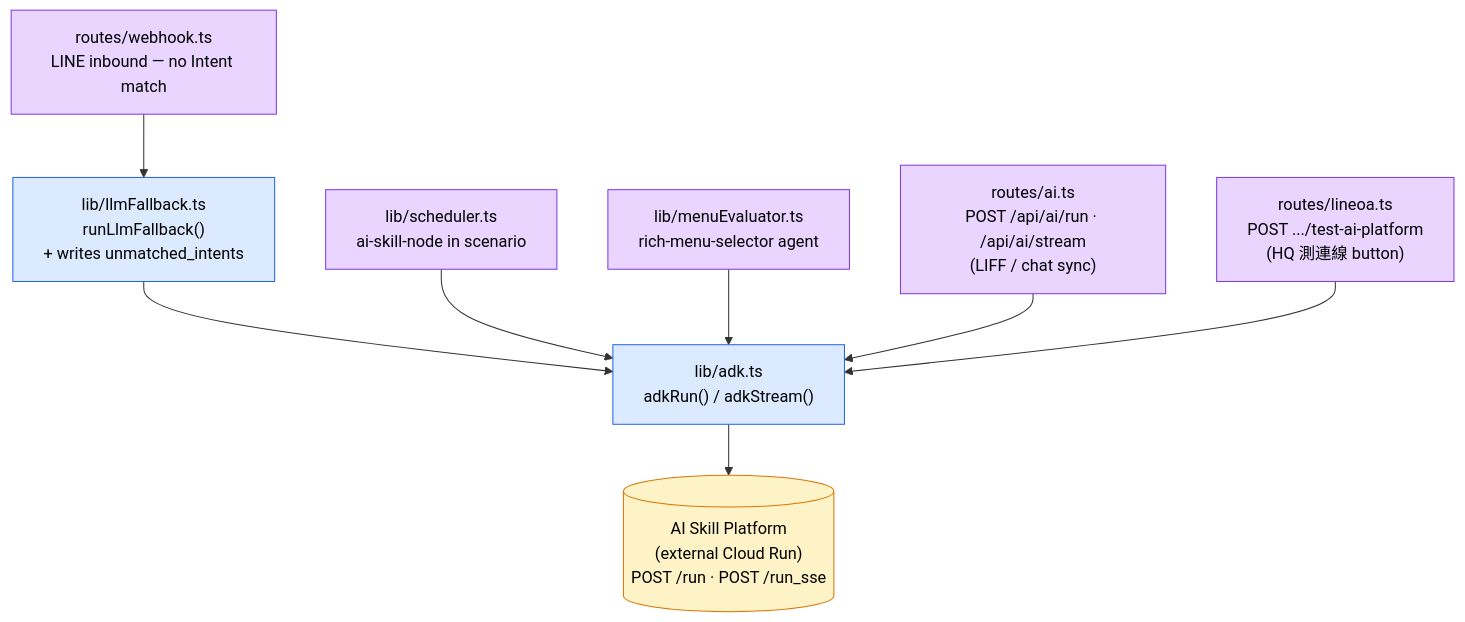
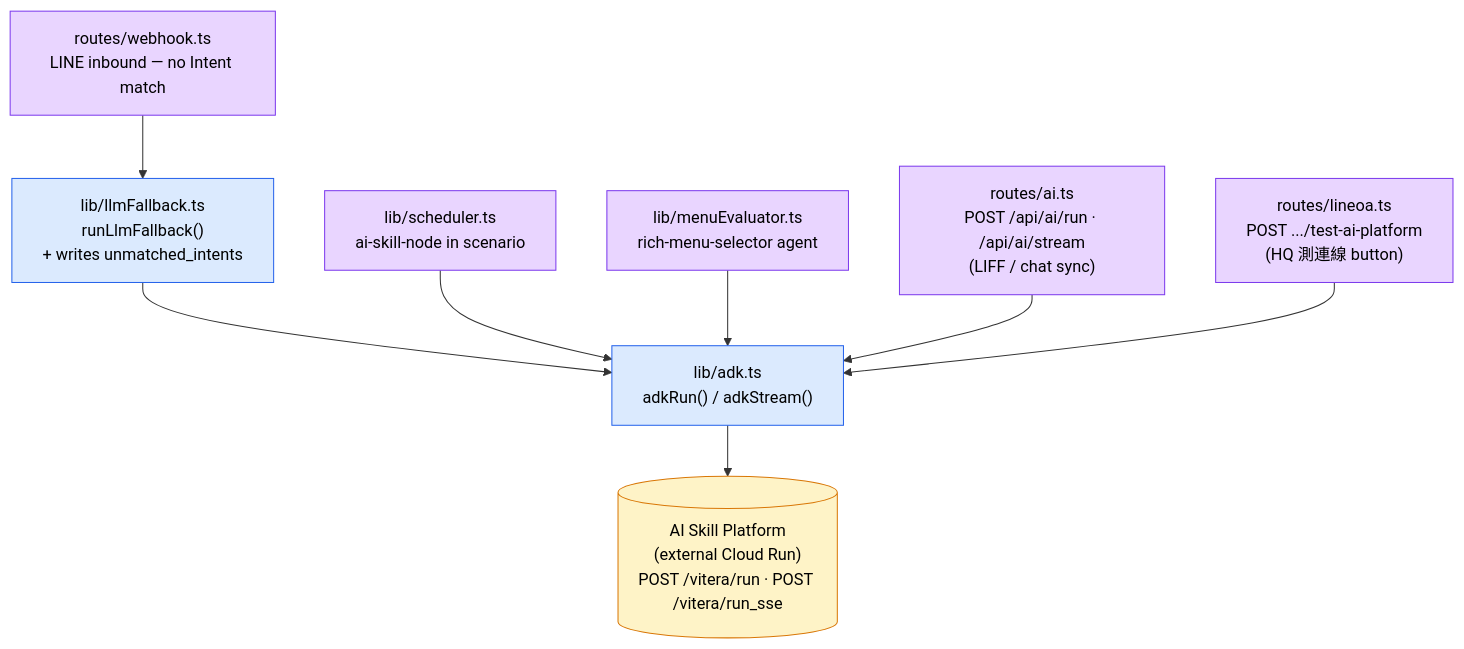
One commit to aaronsu-cofit/supplement-tracker changed the first of 3 diagrams in docs/reference/llm-architecture.md. Above: the diagram before and after it, drawn with Mermaid. The commit also changed other lines of this file and 4 other files, not shown here.

````diff
--- a/docs/reference/llm-architecture.md
+++ b/docs/reference/llm-architecture.md
@@ -9,23 +9,23 @@
 ```mermaid
 flowchart TD
     classDef svc fill:#fef3c7,stroke:#d97706,color:#000
     classDef wrapper fill:#dbeafe,stroke:#2563eb,color:#000
     classDef caller fill:#e9d5ff,stroke:#7c3aed,color:#000
 
-    AISP[("AI Skill Platform<br/>(external Cloud Run)<br/>POST /run · POST /run_sse")]:::svc
+    AISP[("AI Skill Platform<br/>(external Cloud Run)<br/>POST /vitera/run · POST /vitera/run_sse")]:::svc
 
     adk["lib/adk.ts<br/>adkRun() / adkStream()"]:::wrapper
     fb["lib/llmFallback.ts<br/>runLlmFallback()<br/>+ writes unmatched_intents"]:::wrapper
 
     webhook["routes/webhook.ts<br/>LINE inbound — no Intent match"]:::caller
     sched["lib/scheduler.ts<br/>ai-skill-node in scenario"]:::caller
     menu["lib/menuEvaluator.ts<br/>rich-menu-selector agent"]:::caller
     ai["routes/ai.ts<br/>POST /api/ai/run · /api/ai/stream<br/>(LIFF / chat sync)"]:::caller
     test["routes/lineoa.ts<br/>POST .../test-ai-platform<br/>(HQ 測連線 button)"]:::caller
 
     webhook --> fb --> adk --> AISP
     sched --> adk
     menu --> adk
     ai --> adk
     test --> adk
 ```
````
